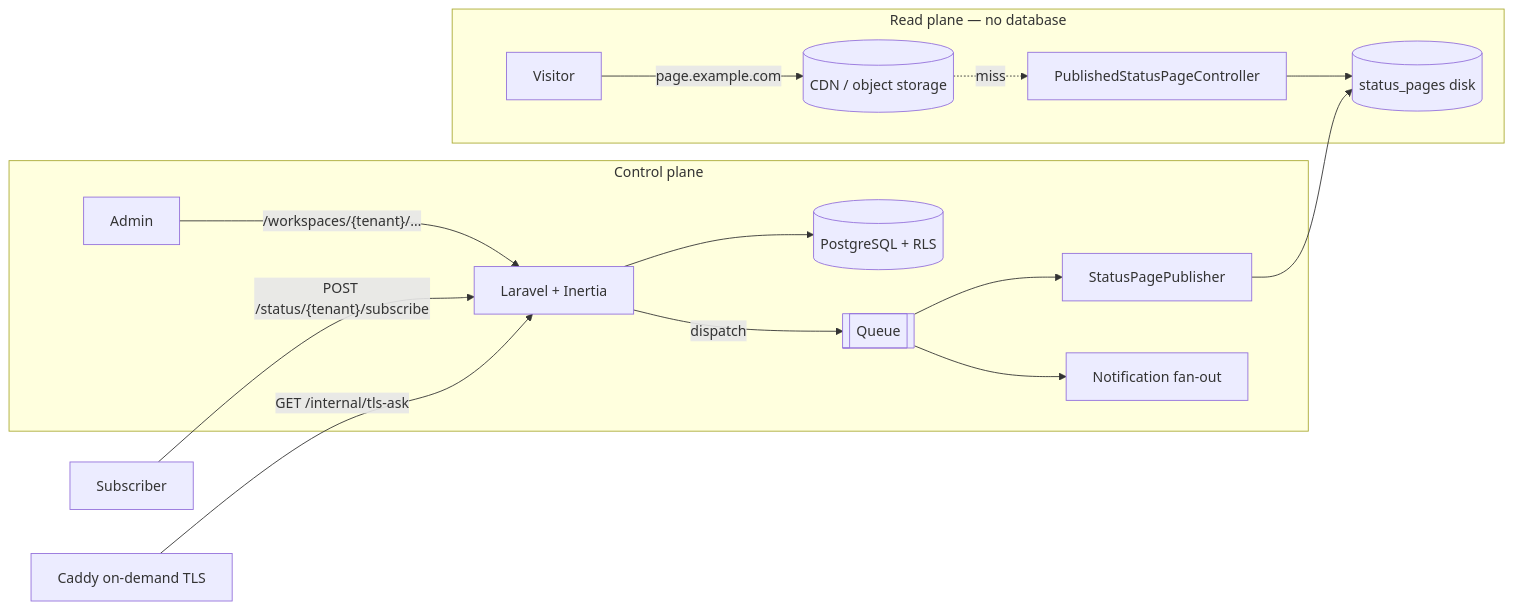
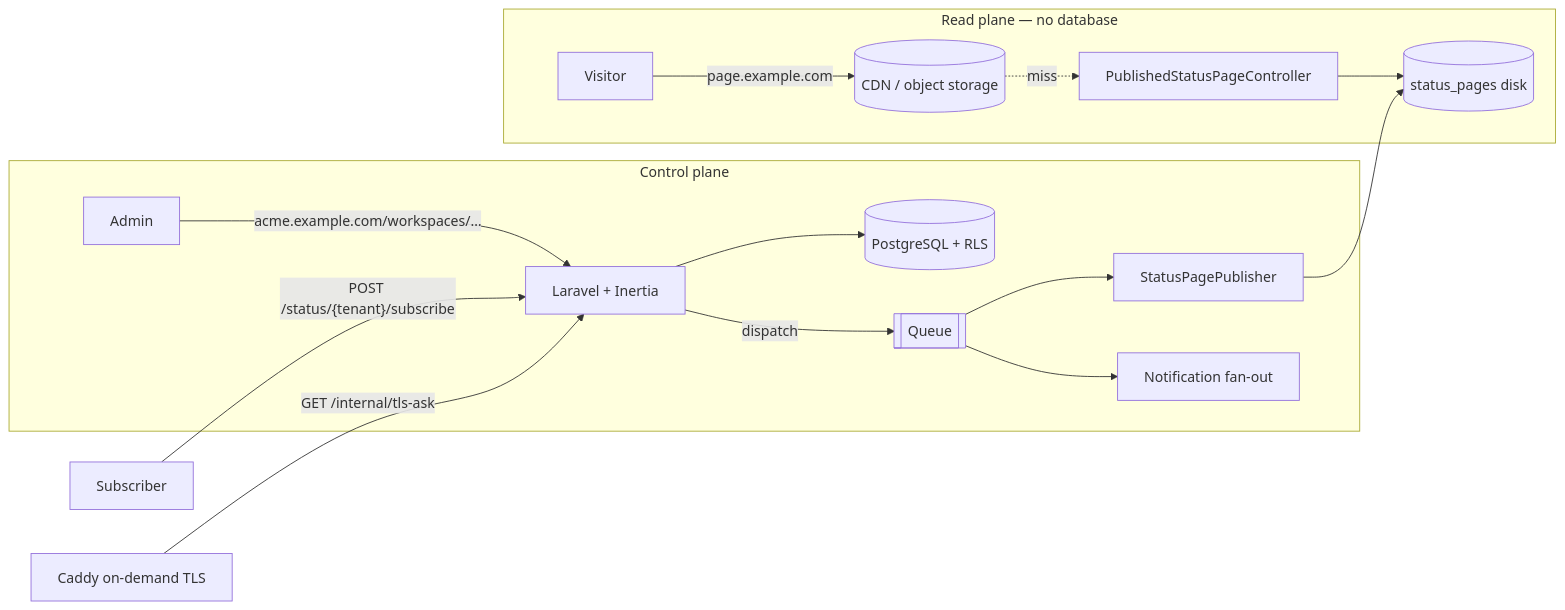
The diagram in docs/01-architecture.md (kzamanbd/laravel-tenancy), drawn with Mermaid before and after one commit. The commit also changed other lines of this file and 32 other files, not shown here.

````diff
--- a/docs/01-architecture.md
+++ b/docs/01-architecture.md
@@ -48,20 +48,20 @@
 ```mermaid
 flowchart LR
     subgraph Readers["Read plane — no database"]
         V[Visitor] -->|"page.example.com"| CDN[(CDN / object storage)]
         CDN -.->|miss| ORIGIN["PublishedStatusPageController"]
         ORIGIN --> DISK[("status_pages disk")]
     end
 
     subgraph Writers["Control plane"]
-        A[Admin] -->|"/workspaces/{tenant}/…"| APP["Laravel + Inertia"]
+        A[Admin] -->|"acme.example.com/workspaces/…"| APP["Laravel + Inertia"]
         APP --> PG[("PostgreSQL + RLS")]
         APP -->|dispatch| Q[["Queue"]]
         Q --> PUB["StatusPagePublisher"]
         PUB --> DISK
         Q --> MAIL["Notification fan-out"]
     end
 
     S[Subscriber] -->|"POST /status/{tenant}/subscribe"| APP
     CADDY["Caddy on-demand TLS"] -->|"GET /internal/tls-ask"| APP
 ```
````
